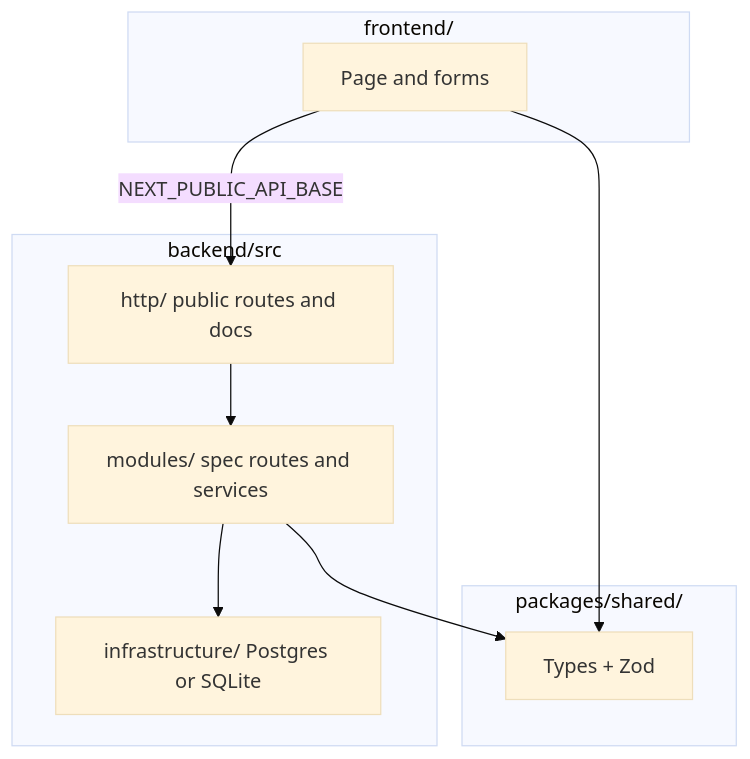
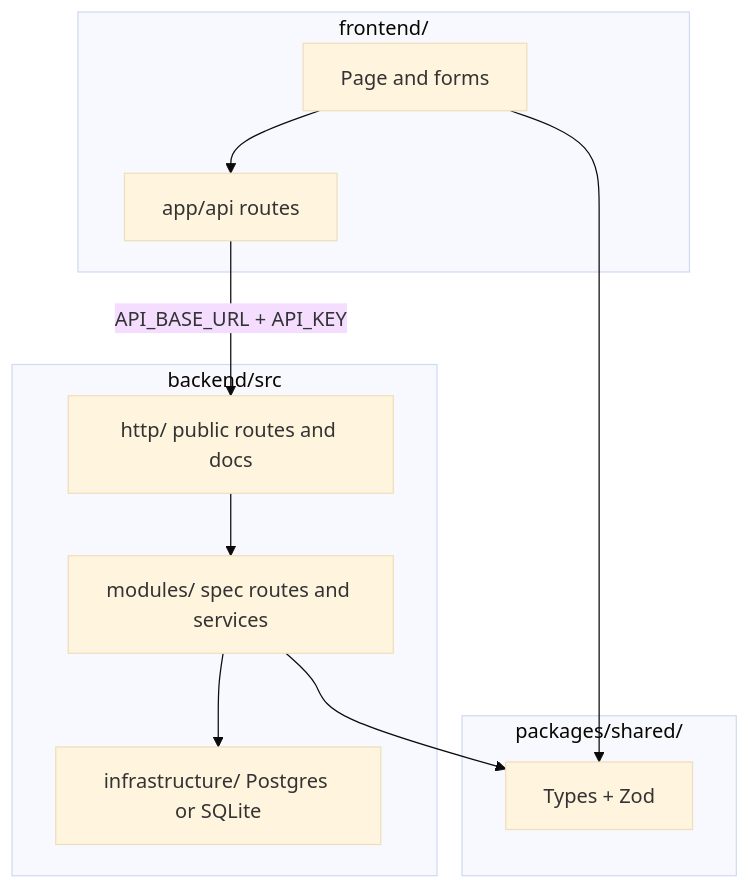
The second of 2 diagrams in README.md (abdulsamad245/willow-clinic), drawn with Mermaid (base theme) before and after one commit. The commit also changed other lines of this file and 21 other files, not shown here.

First line of the commit message:
feat: keep the API key on the server and brand the page

````diff
--- a/README.md
+++ b/README.md
@@ -28,19 +28,21 @@
 ```mermaid
 flowchart TB
   subgraph frontend["frontend/"]
     ui[Page and forms]
+    routes["app/api routes"]
   end
   subgraph shared["packages/shared/"]
     zod[Types + Zod]
   end
   subgraph backend["backend/src"]
     http[http/ public routes and docs]
     modules[modules/ spec routes and services]
     store[infrastructure/ Postgres or SQLite]
   end
 
   ui --> zod
-  ui -->|NEXT_PUBLIC_API_BASE| http
+  ui --> routes
+  routes -->|API_BASE_URL + API_KEY| http
   http --> modules --> store
   modules --> zod
 ```
````
